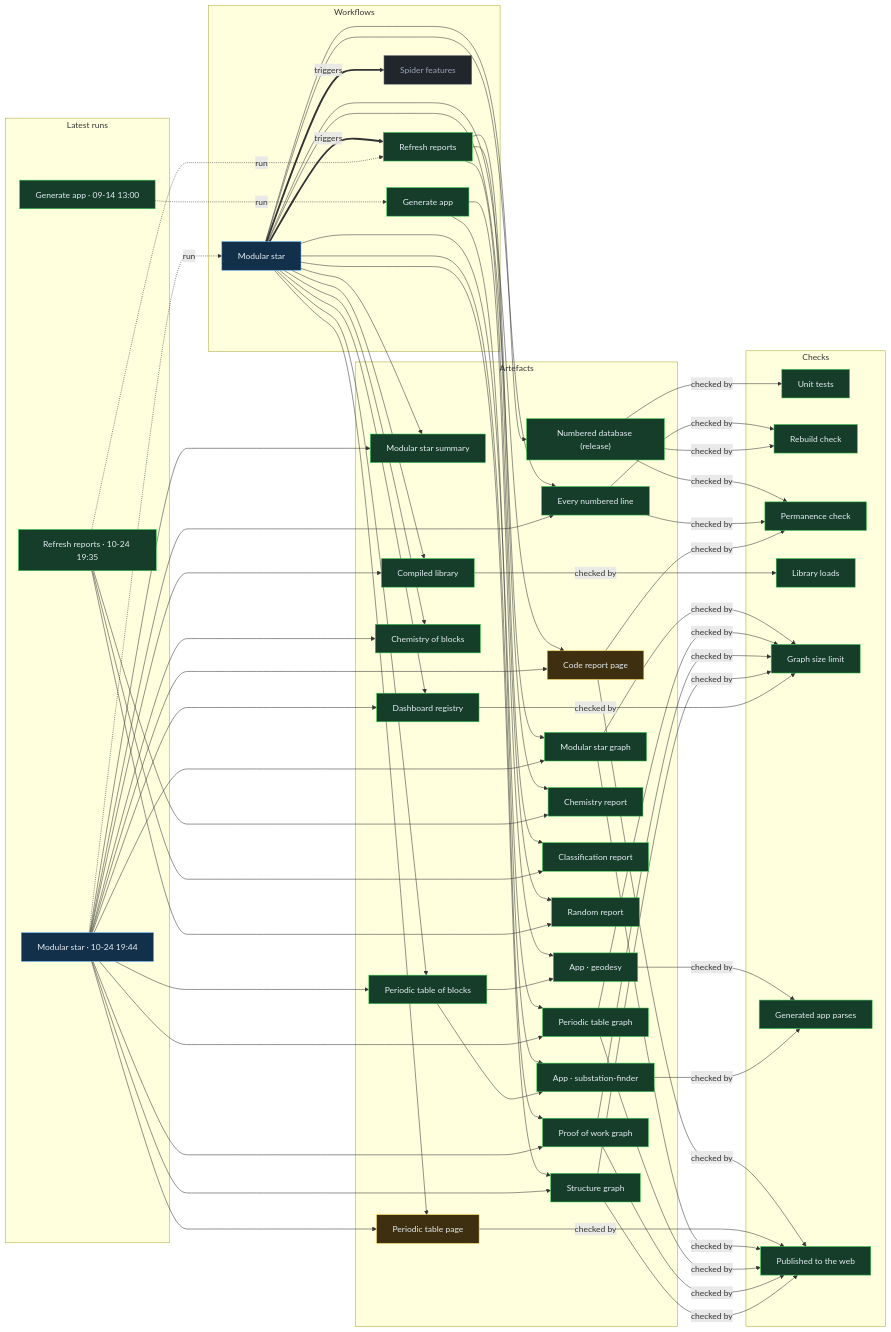
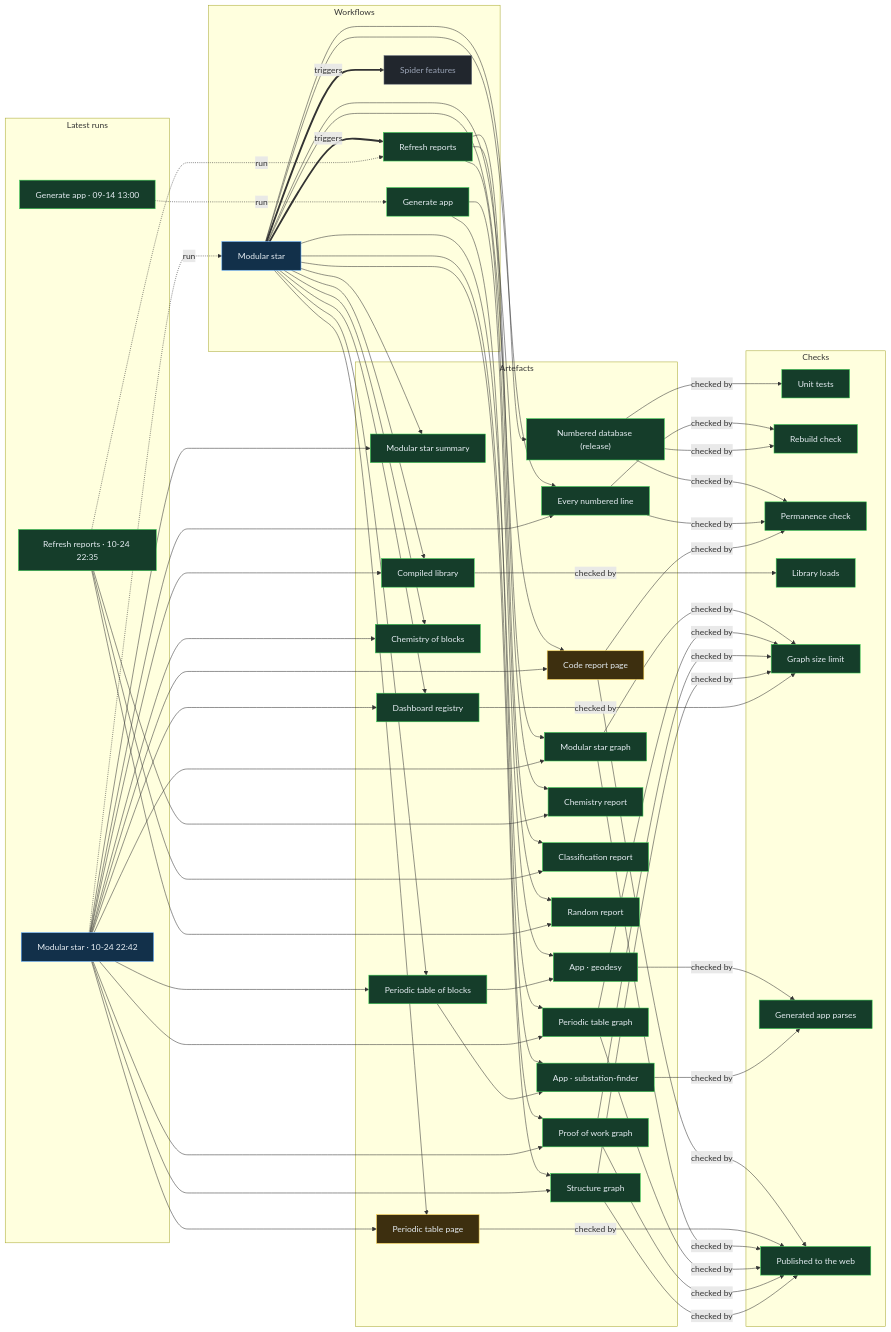
One commit to Ventusltd/stars changed the diagram in proof/PROOF.md. Above: the diagram before and after it, drawn with Mermaid. The commit also changed other lines of this file and 44 other files, not shown here.

Commit message:
Modular star 2026-10-24T22:44Z

```diff
--- a/proof/PROOF.md
+++ b/proof/PROOF.md
@@ -24,8 +24,8 @@
   n_wf_spider_features["Spider features"]:::off
   end
   subgraph g_runs["Latest runs"]
-  n_run_40126653505["Modular star · 10-24 19:44"]:::live
-  n_run_40125954620["Refresh reports · 10-24 19:35"]:::ok
+  n_run_40139701447["Modular star · 10-24 22:42"]:::live
+  n_run_40139204846["Refresh reports · 10-24 22:35"]:::ok
   n_run_34846587798["Generate app · 09-14 13:00"]:::ok
   end
   subgraph g_artefacts["Artefacts"]
@@ -59,39 +59,39 @@
   end
   n_wf_modular_star == triggers ==> n_wf_refresh
   n_wf_modular_star == triggers ==> n_wf_spider_features
-  n_run_40126653505 -. run .-> n_wf_modular_star
-  n_run_40125954620 -. run .-> n_wf_refresh
+  n_run_40139701447 -. run .-> n_wf_modular_star
+  n_run_40139204846 -. run .-> n_wf_refresh
   n_run_34846587798 -. run .-> n_wf_generate
   n_wf_modular_star --> n_art_summary
-  n_run_40126653505 --> n_art_summary
+  n_run_40139701447 --> n_art_summary
   n_wf_modular_star --> n_art_lines
-  n_run_40126653505 --> n_art_lines
+  n_run_40139701447 --> n_art_lines
   n_wf_modular_star --> n_art_code
-  n_run_40126653505 --> n_art_code
+  n_run_40139701447 --> n_art_code
   n_wf_modular_star --> n_art_modular_graph
-  n_run_40126653505 --> n_art_modular_graph
+  n_run_40139701447 --> n_art_modular_graph
   n_wf_modular_star --> n_art_blocks
-  n_run_40126653505 --> n_art_blocks
+  n_run_40139701447 --> n_art_blocks
   n_wf_modular_star --> n_art_table
-  n_run_40126653505 --> n_art_table
+  n_run_40139701447 --> n_art_table
   n_wf_modular_star --> n_art_blocks_graph
-  n_run_40126653505 --> n_art_blocks_graph
+  n_run_40139701447 --> n_art_blocks_graph
   n_wf_modular_star --> n_art_reactions
-  n_run_40126653505 --> n_art_reactions
+  n_run_40139701447 --> n_art_reactions
   n_wf_modular_star --> n_art_library
-  n_run_40126653505 --> n_art_library
+  n_run_40139701447 --> n_art_library
   n_wf_modular_star --> n_art_features
-  n_run_40126653505 --> n_art_features
+  n_run_40139701447 --> n_art_features
   n_wf_modular_star --> n_art_proof
-  n_run_40126653505 --> n_art_proof
+  n_run_40139701447 --> n_art_proof
   n_wf_modular_star --> n_art_structure
-  n_run_40126653505 --> n_art_structure
+  n_run_40139701447 --> n_art_structure
   n_wf_refresh --> n_art_chemistry
-  n_run_40125954620 --> n_art_chemistry
+  n_run_40139204846 --> n_art_chemistry
   n_wf_refresh --> n_art_vedic
-  n_run_40125954620 --> n_art_vedic
+  n_run_40139204846 --> n_art_vedic
   n_wf_refresh --> n_art_random
-  n_run_40125954620 --> n_art_random
+  n_run_40139204846 --> n_art_random
   n_wf_modular_star --> n_art_release
   n_wf_generate --> n_app_geodesy
   n_art_blocks --> n_app_geodesy
```
